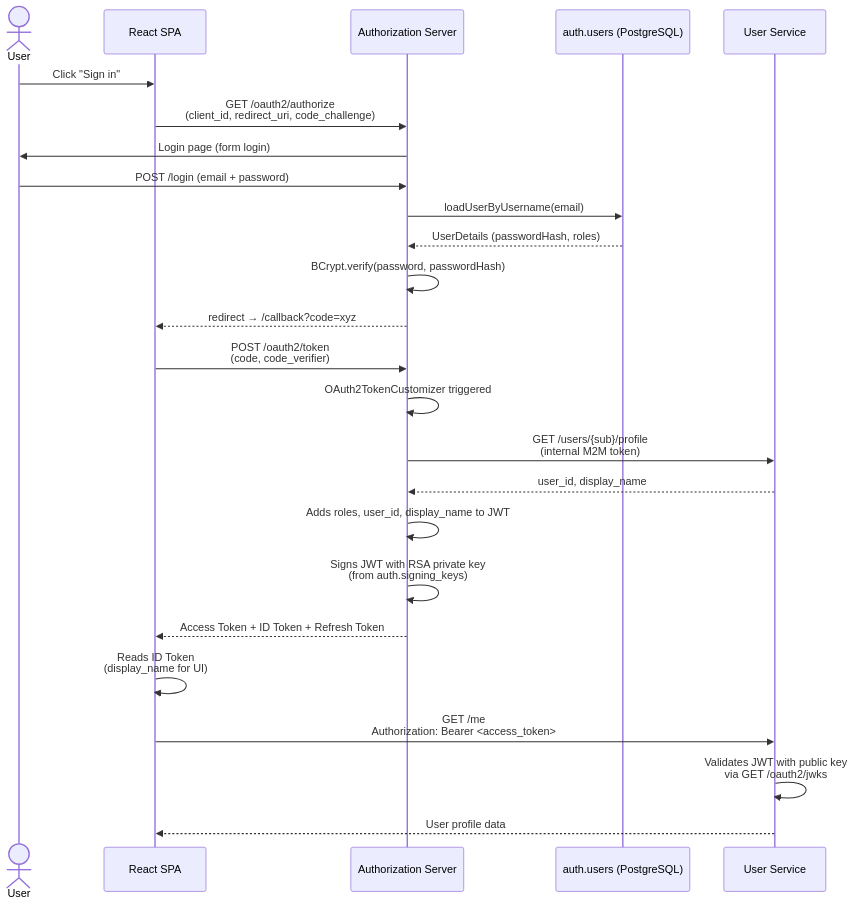
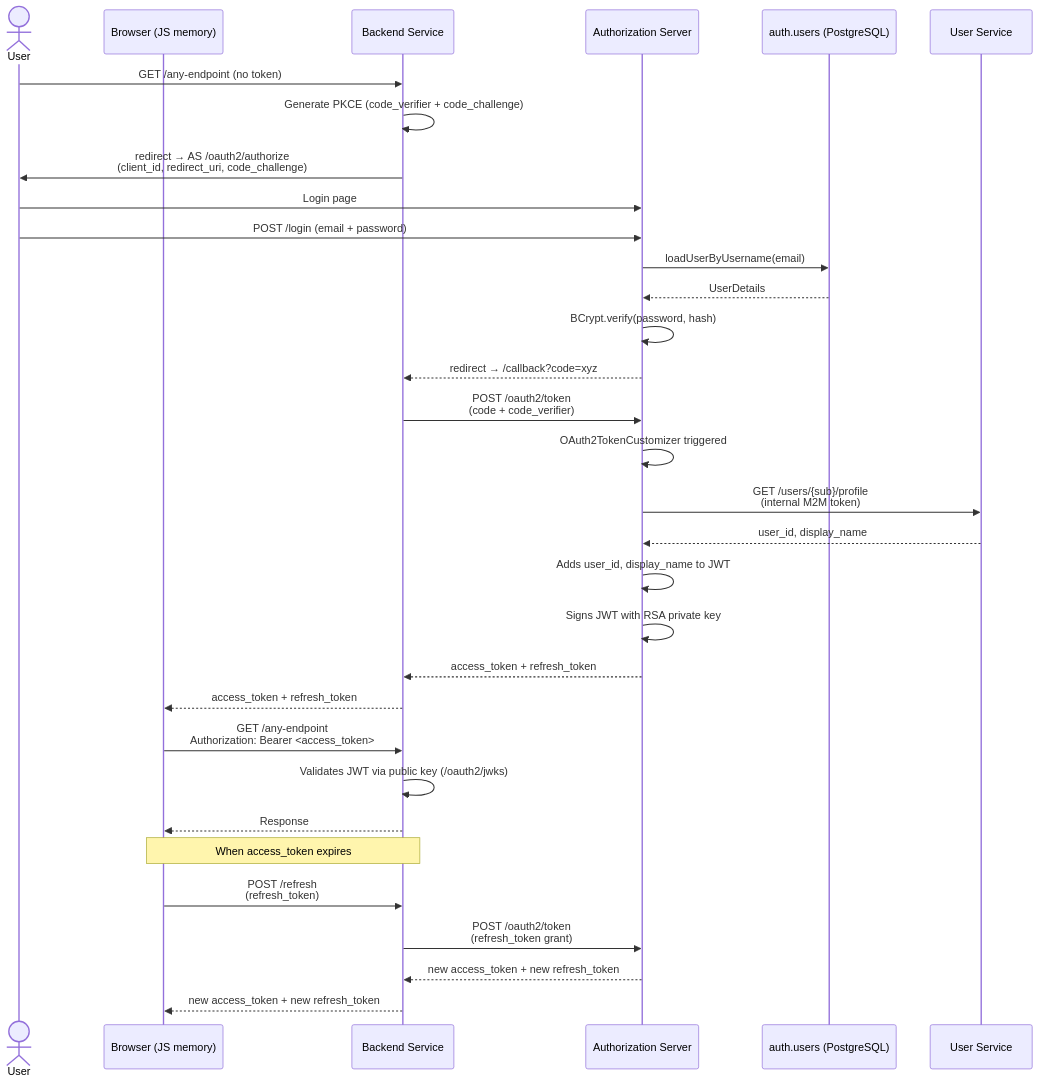
One commit to sokolov-r-u/uliss changed the diagram in module/auth/workflow.mmd. Above: the diagram before and after it, drawn with Mermaid. The commit also changed 49 other files, not shown here.

First line of the commit message:
FE [lib-security] - create auth flow fronted + back (#9)

```diff
--- a/module/auth/workflow.mmd
+++ b/module/auth/workflow.mmd
@@ -1,26 +1,35 @@
 sequenceDiagram
     actor User as User
-    participant React as React SPA
+    participant Browser as Browser (JS memory)
+    participant BS as Backend Service
     participant AS as Authorization Server
     participant DB as auth.users (PostgreSQL)
     participant US as User Service
 
-    User->>React: Click "Sign in"
-    React->>AS: GET /oauth2/authorize<br/>(client_id, redirect_uri, code_challenge)
-    AS->>User: Login page (form login)
+    User->>BS: GET /any-endpoint (no token)
+    BS->>BS: Generate PKCE (code_verifier + code_challenge)
+    BS->>User: redirect → AS /oauth2/authorize<br/>(client_id, redirect_uri, code_challenge)
+    User->>AS: Login page
     User->>AS: POST /login (email + password)
     AS->>DB: loadUserByUsername(email)
-    DB-->>AS: UserDetails (passwordHash, roles)
-    AS->>AS: BCrypt.verify(password, passwordHash)
-    AS-->>React: redirect → /callback?code=xyz
-    React->>AS: POST /oauth2/token<br/>(code, code_verifier)
+    DB-->>AS: UserDetails
+    AS->>AS: BCrypt.verify(password, hash)
+    AS-->>BS: redirect → /callback?code=xyz
+    BS->>AS: POST /oauth2/token<br/>(code + code_verifier)
     AS->>AS: OAuth2TokenCustomizer triggered
     AS->>US: GET /users/{sub}/profile<br/>(internal M2M token)
     US-->>AS: user_id, display_name
-    AS->>AS: Adds roles, user_id, display_name to JWT
-    AS->>AS: Signs JWT with RSA private key<br/>(from auth.signing_keys)
-    AS-->>React: Access Token + ID Token + Refresh Token
-    React->>React: Reads ID Token<br/>(display_name for UI)
-    React->>US: GET /me<br/>Authorization: Bearer <access_token>
-    US->>US: Validates JWT with public key<br/>via GET /oauth2/jwks
-    US-->>React: User profile data
+    AS->>AS: Adds user_id, display_name to JWT
+    AS->>AS: Signs JWT with RSA private key
+    AS-->>BS: access_token + refresh_token
+    BS-->>Browser: access_token + refresh_token
+
+    Browser->>BS: GET /any-endpoint<br/>Authorization: Bearer <access_token>
+    BS->>BS: Validates JWT via public key (/oauth2/jwks)
+    BS-->>Browser: Response
+
+    Note over Browser,BS: When access_token expires
+    Browser->>BS: POST /refresh<br/>(refresh_token)
+    BS->>AS: POST /oauth2/token<br/>(refresh_token grant)
+    AS-->>BS: new access_token + new refresh_token
+    BS-->>Browser: new access_token + new refresh_token
```
